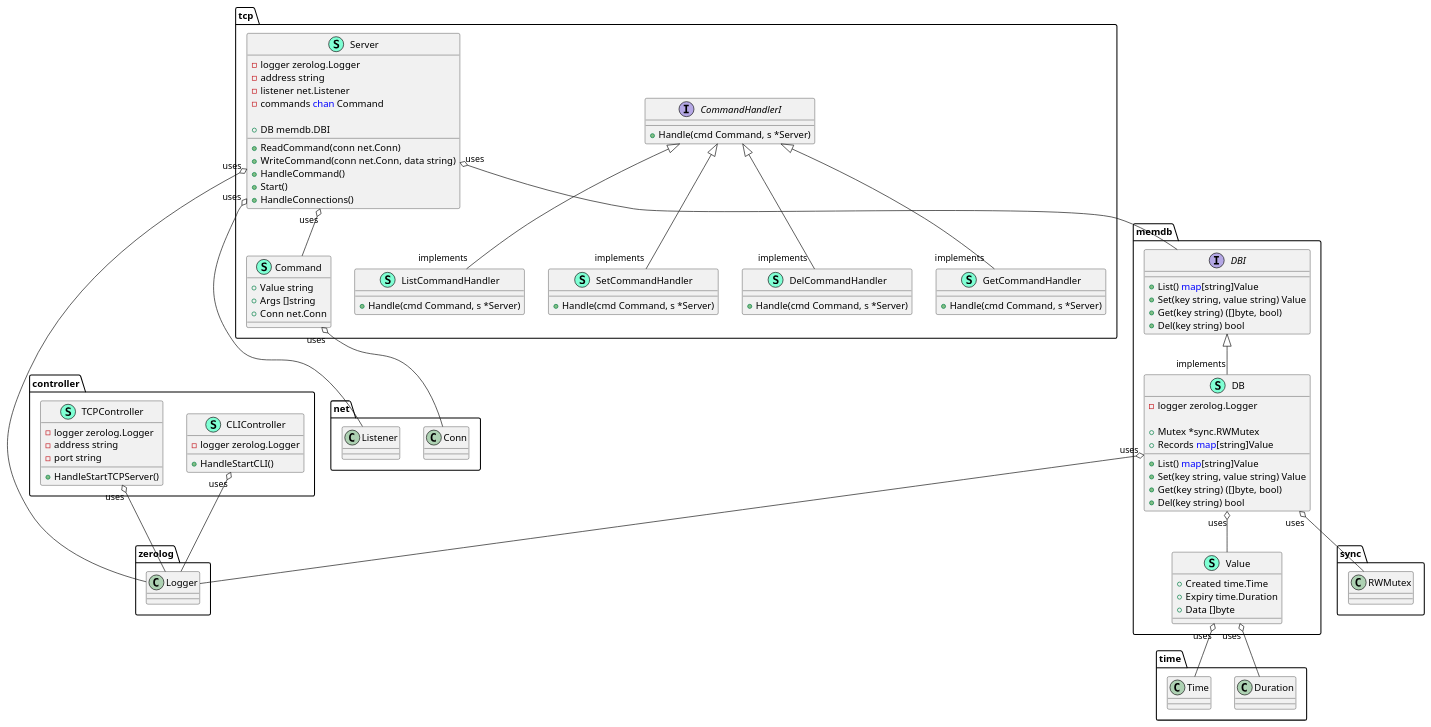
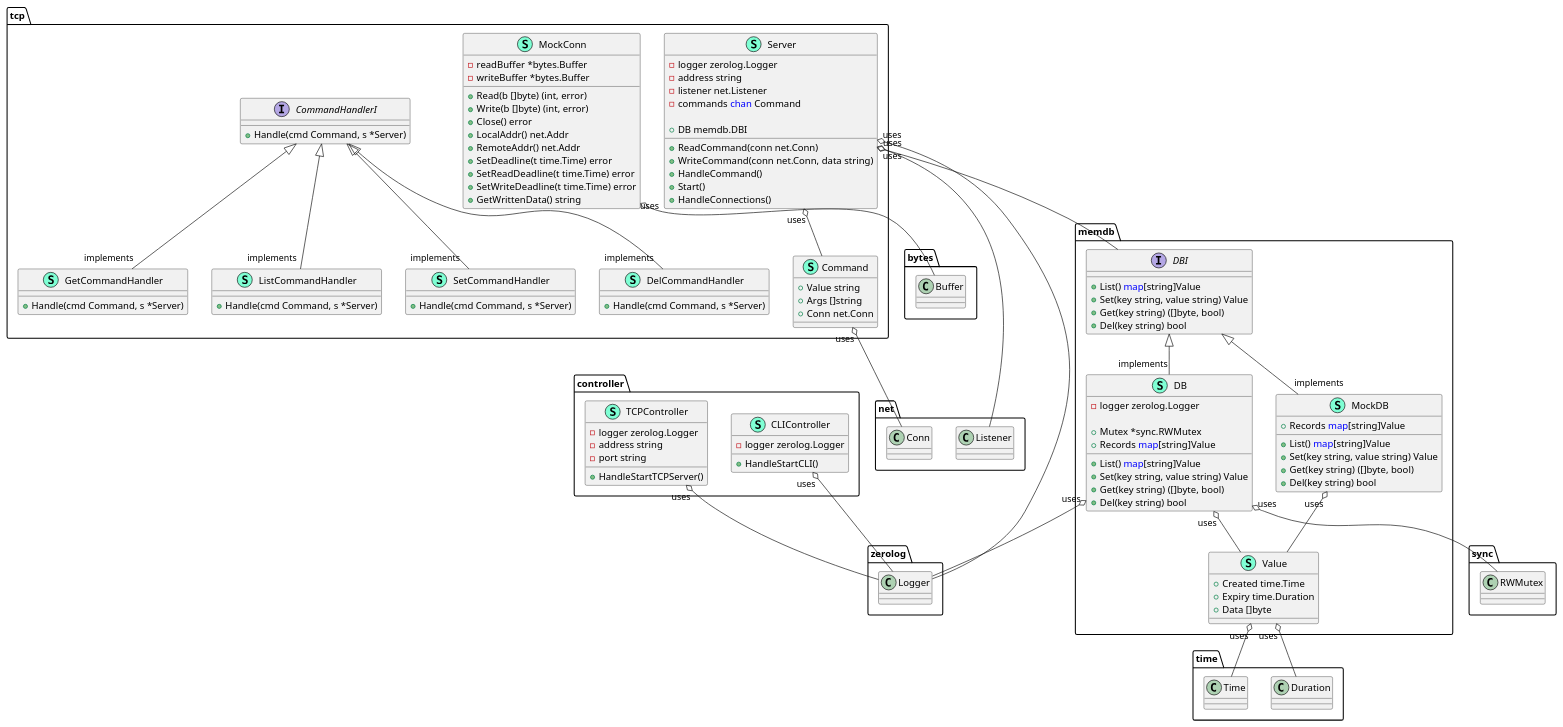
The diagram in serverClassDiagram.puml (gijsdb/go-mem-db), drawn with PlantUML before and after one commit. The commit also changed 5 other files, not shown here.

Commit message:
Added memdb interface and mock, created tcp mock and started testing command handlers

```diff
--- a/serverClassDiagram.puml
+++ b/serverClassDiagram.puml
@@ -1,114 +1,141 @@
 @startuml
 namespace controller {
     class CLIController << (S,Aquamarine) >> {
         - logger zerolog.Logger
 
         + HandleStartCLI() 
 
     }
     class TCPController << (S,Aquamarine) >> {
         - logger zerolog.Logger
         - address string
         - port string
 
         + HandleStartTCPServer() 
 
     }
 }
 
 
 "controller.CLIController""uses" o-- "zerolog.Logger"
 "controller.TCPController""uses" o-- "zerolog.Logger"
 
 namespace memdb {
     class DB << (S,Aquamarine) >> {
         - logger zerolog.Logger
 
         + Mutex *sync.RWMutex
         + Records <font color=blue>map</font>[string]Value
 
         + List() <font color=blue>map</font>[string]Value
         + Set(key string, value string) Value
         + Get(key string) ([]byte, bool)
         + Del(key string) bool
 
     }
     interface DBI  {
         + List() <font color=blue>map</font>[string]Value
         + Set(key string, value string) Value
         + Get(key string) ([]byte, bool)
         + Del(key string) bool
 
     }
+    class MockDB << (S,Aquamarine) >> {
+        + Records <font color=blue>map</font>[string]Value
+
+        + List() <font color=blue>map</font>[string]Value
+        + Set(key string, value string) Value
+        + Get(key string) ([]byte, bool)
+        + Del(key string) bool
+
+    }
     class Value << (S,Aquamarine) >> {
         + Created time.Time
         + Expiry time.Duration
         + Data []byte
 
     }
 }
 
 "memdb.DBI" <|-- "implements""memdb.DB"
+"memdb.DBI" <|-- "implements""memdb.MockDB"
 
 "memdb.DB""uses" o-- "memdb.Value"
 "memdb.DB""uses" o-- "sync.RWMutex"
 "memdb.DB""uses" o-- "zerolog.Logger"
+"memdb.MockDB""uses" o-- "memdb.Value"
 "memdb.Value""uses" o-- "time.Duration"
 "memdb.Value""uses" o-- "time.Time"
 
 namespace tcp {
     class Command << (S,Aquamarine) >> {
         + Value string
         + Args []string
         + Conn net.Conn
 
     }
     interface CommandHandlerI  {
         + Handle(cmd Command, s *Server) 
 
     }
     class DelCommandHandler << (S,Aquamarine) >> {
         + Handle(cmd Command, s *Server) 
 
     }
     class GetCommandHandler << (S,Aquamarine) >> {
         + Handle(cmd Command, s *Server) 
 
     }
     class ListCommandHandler << (S,Aquamarine) >> {
         + Handle(cmd Command, s *Server) 
+
+    }
+    class MockConn << (S,Aquamarine) >> {
+        - readBuffer *bytes.Buffer
+        - writeBuffer *bytes.Buffer
+
+        + Read(b []byte) (int, error)
+        + Write(b []byte) (int, error)
+        + Close() error
+        + LocalAddr() net.Addr
+        + RemoteAddr() net.Addr
+        + SetDeadline(t time.Time) error
+        + SetReadDeadline(t time.Time) error
+        + SetWriteDeadline(t time.Time) error
+        + GetWrittenData() string
 
     }
     class Server << (S,Aquamarine) >> {
         - logger zerolog.Logger
         - address string
         - listener net.Listener
         - commands <font color=blue>chan</font> Command
 
         + DB memdb.DBI
 
         + ReadCommand(conn net.Conn) 
         + WriteCommand(conn net.Conn, data string) 
         + HandleCommand() 
         + Start() 
         + HandleConnections() 
 
     }
     class SetCommandHandler << (S,Aquamarine) >> {
         + Handle(cmd Command, s *Server) 
 
     }
 }
 
 "tcp.CommandHandlerI" <|-- "implements""tcp.DelCommandHandler"
 "tcp.CommandHandlerI" <|-- "implements""tcp.GetCommandHandler"
 "tcp.CommandHandlerI" <|-- "implements""tcp.ListCommandHandler"
 "tcp.CommandHandlerI" <|-- "implements""tcp.SetCommandHandler"
 
 "tcp.Command""uses" o-- "net.Conn"
+"tcp.MockConn""uses" o-- "bytes.Buffer"
 "tcp.Server""uses" o-- "memdb.DBI"
 "tcp.Server""uses" o-- "net.Listener"
 "tcp.Server""uses" o-- "tcp.Command"
 "tcp.Server""uses" o-- "zerolog.Logger"
 
 @enduml
```
